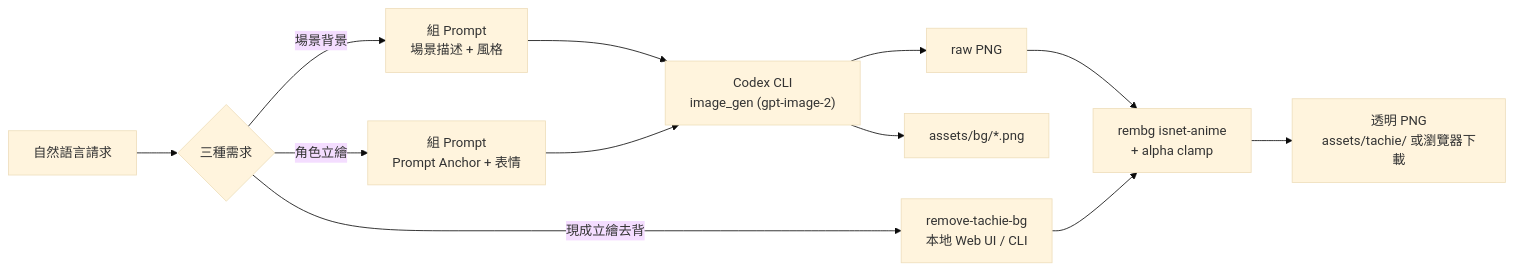
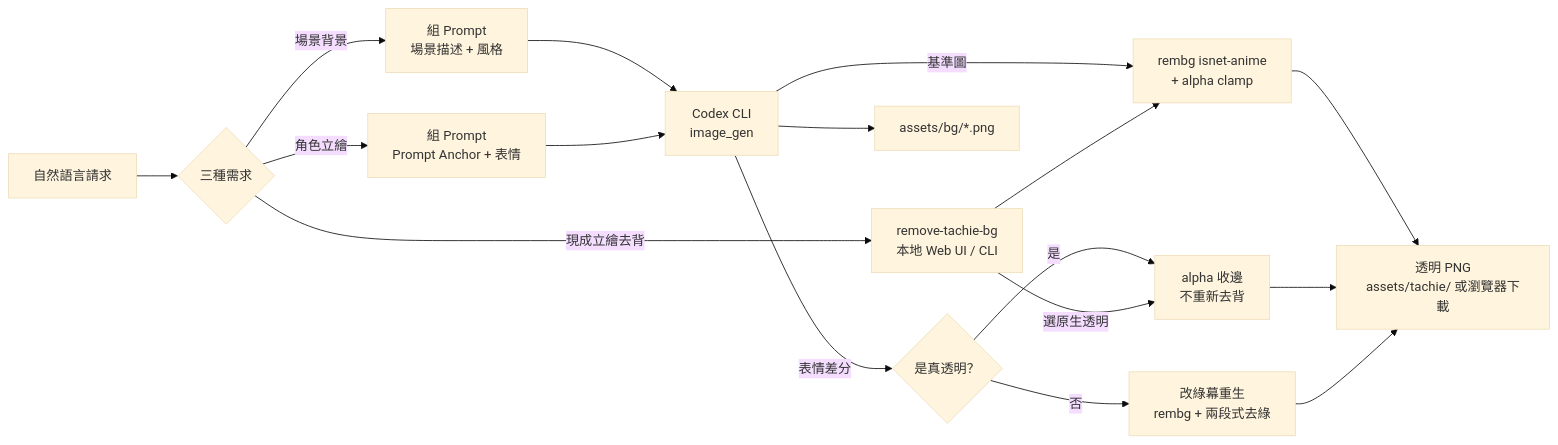
The diagram in README.md (tznthou/tachie-forge), drawn with Mermaid (base theme) before and after one commit. The commit also changed other lines of this file, not shown here.

First line of the commit message:
docs: sync README with the native-transparent variant flow

````diff
--- a/README.md
+++ b/README.md
@@ -31,14 +31,19 @@
 ```mermaid
 flowchart LR
     User["自然語言請求"] --> Route{"三種需求"}
     Route -->|場景背景| PromptBG["組 Prompt<br/>場景描述 + 風格"]
     Route -->|角色立繪| PromptChar["組 Prompt<br/>Prompt Anchor + 表情"]
     Route -->|現成立繪去背| WebUI["remove-tachie-bg<br/>本地 Web UI / CLI"]
-    PromptBG --> Codex["Codex CLI<br/>image_gen (gpt-image-2)"]
+    PromptBG --> Codex["Codex CLI<br/>image_gen"]
     PromptChar --> Codex
     Codex --> RawBG["assets/bg/*.png"]
-    Codex --> RawChar["raw PNG"]
-    RawChar --> Rembg["rembg isnet-anime<br/>+ alpha clamp"]
+    Codex -->|基準圖| Rembg["rembg isnet-anime<br/>+ alpha clamp"]
+    Codex -->|表情差分| Native{"是真透明？"}
+    Native -->|是| Finalize["alpha 收邊<br/>不重新去背"]
+    Native -->|否| Green["改綠幕重生<br/>rembg + 兩段式去綠"]
     WebUI --> Rembg
+    WebUI -->|選原生透明| Finalize
     Rembg --> OutChar["透明 PNG<br/>assets/tachie/ 或瀏覽器下載"]
+    Finalize --> OutChar
+    Green --> OutChar
 ```
````
